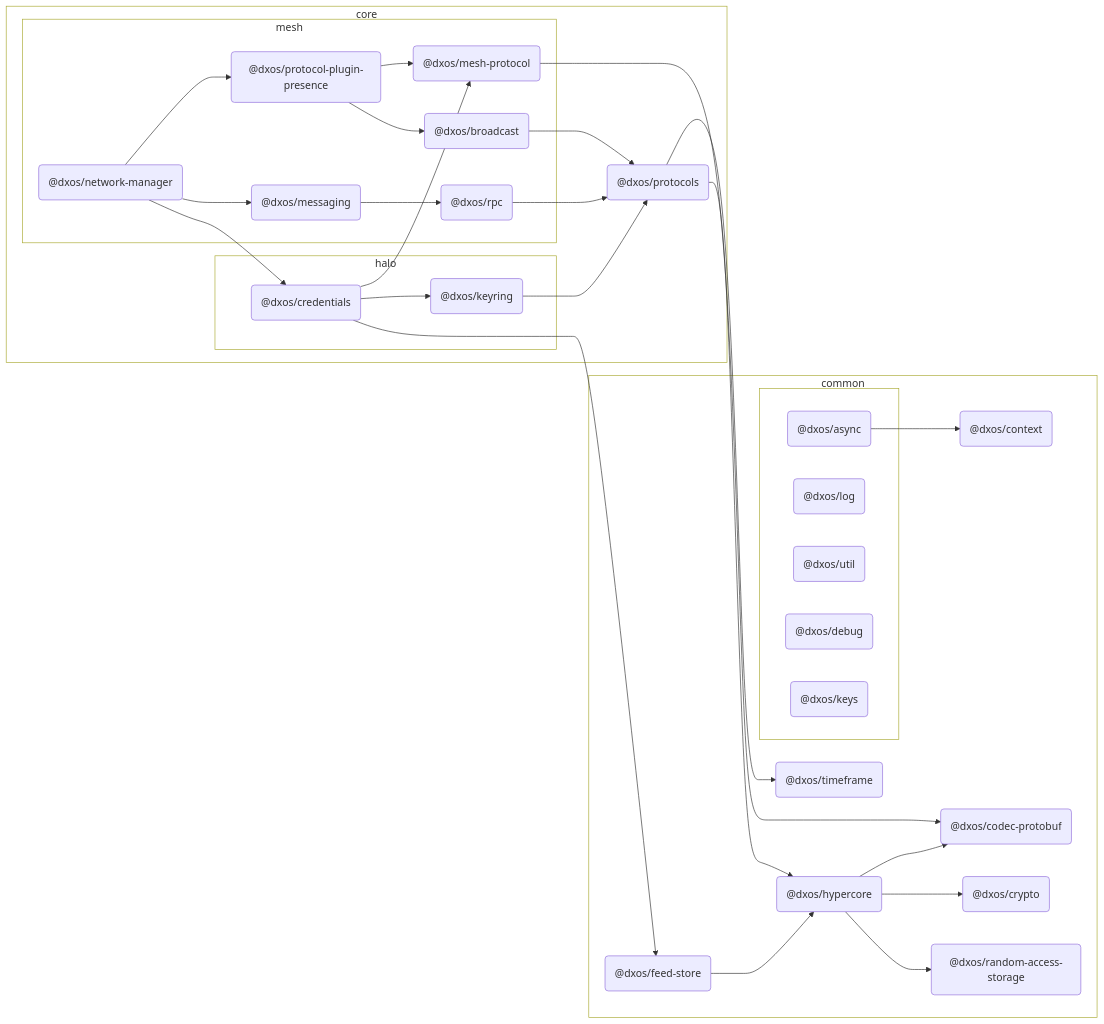
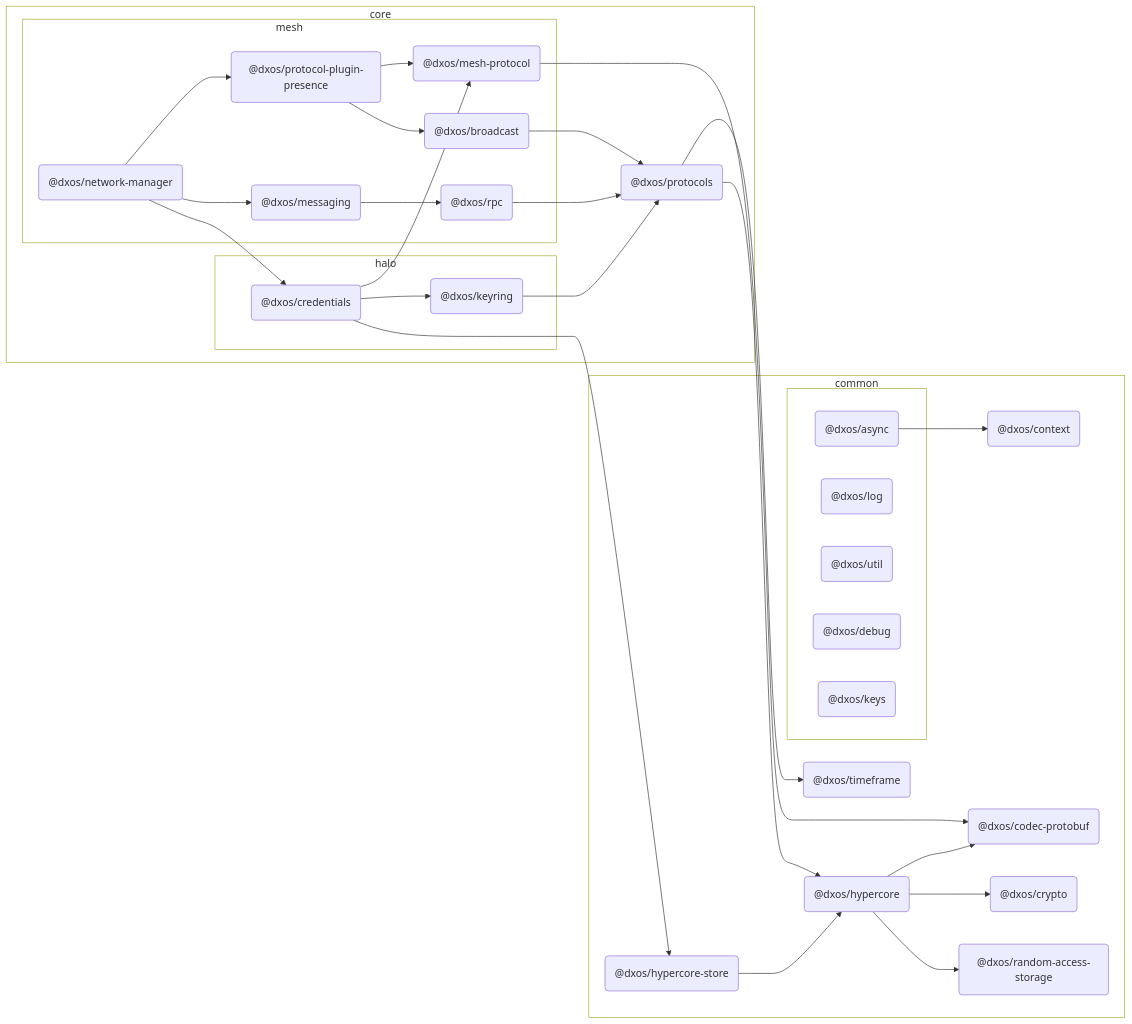
Before and after one commit to dxos/dxos: the second of 2 diagrams in packages/core/mesh/network-manager/docs/README.md, drawn with Mermaid. The commit also changed other lines of this file and 102 other files, not shown here.

First line of the commit message:
hypercore-store: rename hypercore feed naming to hypercore

```diff
--- a/packages/core/mesh/network-manager/docs/README.md
+++ b/packages/core/mesh/network-manager/docs/README.md
@@ -192,8 +192,8 @@
   click dxos/codec-protobuf "dxos/dxos/tree/main/packages/common/codec-protobuf/docs"
   dxos/crypto("@dxos/crypto"):::def
   click dxos/crypto "dxos/dxos/tree/main/packages/common/crypto/docs"
-  dxos/feed-store("@dxos/feed-store"):::def
-  click dxos/feed-store "dxos/dxos/tree/main/packages/common/feed-store/docs"
+  dxos/hypercore-store("@dxos/hypercore-store"):::def
+  click dxos/hypercore-store "dxos/dxos/tree/main/packages/common/hypercore-store/docs"
   dxos/hypercore("@dxos/hypercore"):::def
   click dxos/hypercore "dxos/dxos/tree/main/packages/common/hypercore/docs"
   dxos/random-access-storage("@dxos/random-access-storage"):::def
@@ -219,8 +219,8 @@
 %% Links
 dxos/async --> dxos/context
 dxos/network-manager --> dxos/credentials
-dxos/credentials --> dxos/feed-store
-dxos/feed-store --> dxos/hypercore
+dxos/credentials --> dxos/hypercore-store
+dxos/hypercore-store --> dxos/hypercore
 dxos/hypercore --> dxos/codec-protobuf
 dxos/hypercore --> dxos/crypto
 dxos/hypercore --> dxos/random-access-storage
```
